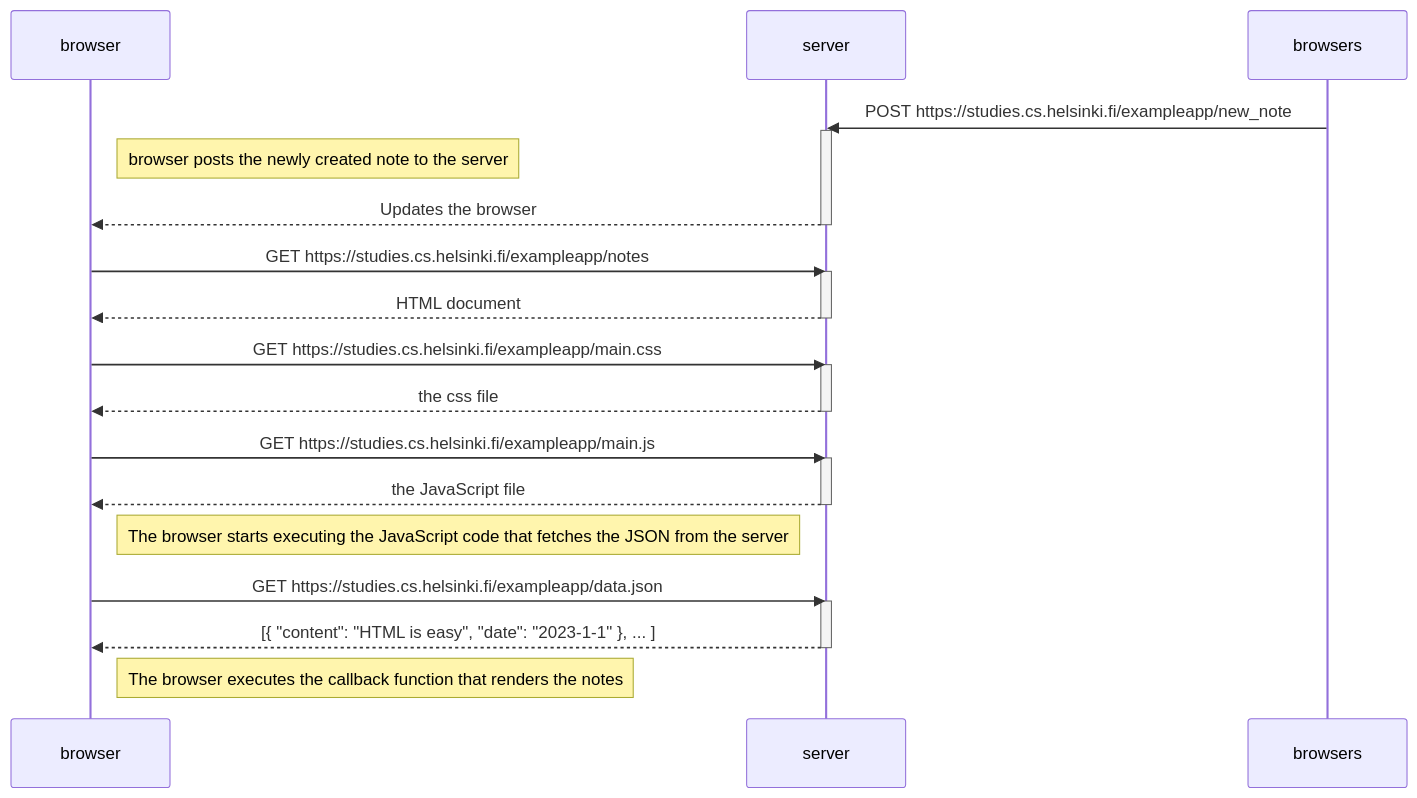
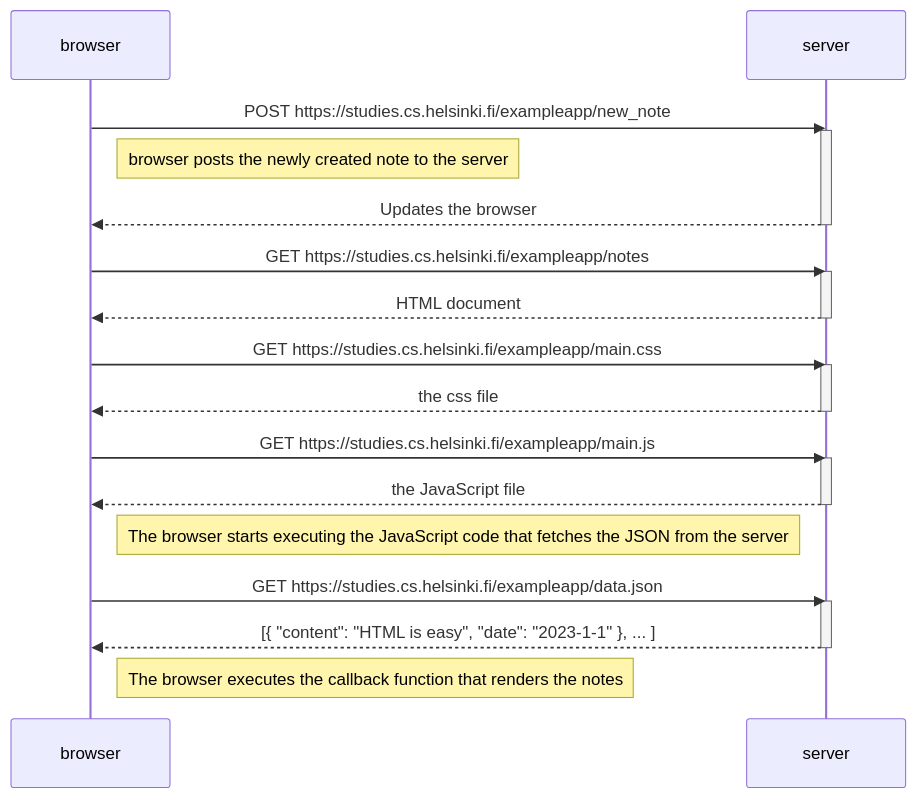
The diagram in osa0/0.4.md (MarkusSchool/fullstackopen), drawn with Mermaid before and after one commit.

````diff
--- a/osa0/0.4.md
+++ b/osa0/0.4.md
@@ -1,37 +1,35 @@
 ```mermaid
 sequenceDiagram
     participant browser
     participant server
 
-    browsers->>server: POST https://studies.cs.helsinki.fi/exampleapp/new_note
+    browser->>server: POST https://studies.cs.helsinki.fi/exampleapp/new_note
     activate server
-   
     Note right of browser: browser posts the newly created note to the server
-
     server-->>browser: Updates the browser
     deactivate server
     
     browser->>server: GET https://studies.cs.helsinki.fi/exampleapp/notes
     activate server
     server-->>browser: HTML document
     deactivate server
     
     browser->>server: GET https://studies.cs.helsinki.fi/exampleapp/main.css
     activate server
     server-->>browser: the css file
     deactivate server
     
     browser->>server: GET https://studies.cs.helsinki.fi/exampleapp/main.js
     activate server
     server-->>browser: the JavaScript file
     deactivate server
     
     Note right of browser: The browser starts executing the JavaScript code that fetches the JSON from the server
     
     browser->>server: GET https://studies.cs.helsinki.fi/exampleapp/data.json
     activate server
     server-->>browser: [{ "content": "HTML is easy", "date": "2023-1-1" }, ... ]
     deactivate server    
 
     Note right of browser: The browser executes the callback function that renders the notes
 ```
````
